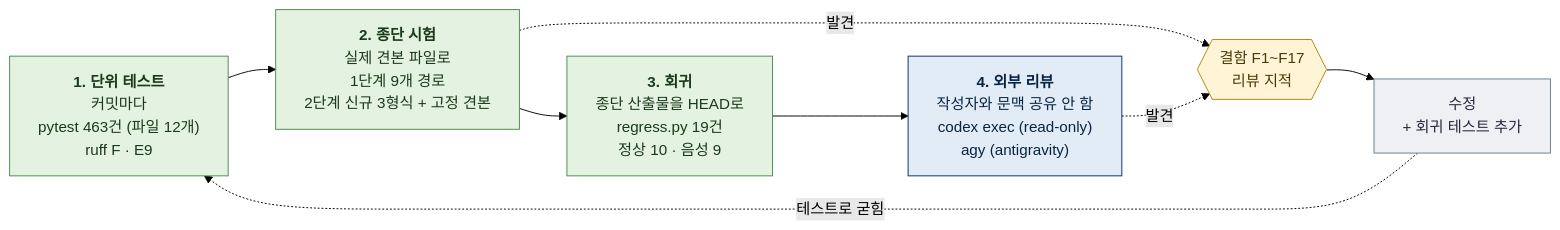
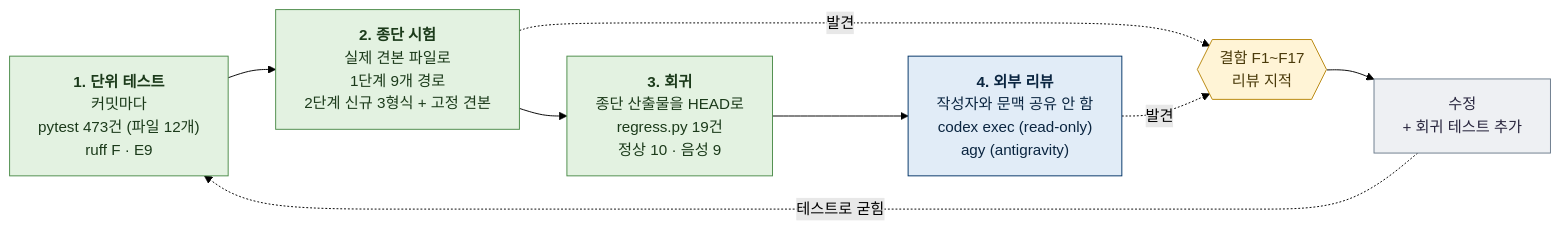
Before and after one commit to yarang/skills-for-work: the diagram in docu-writer/docs/diagrams/quality-layers.mmd, drawn with Mermaid (forest theme). The commit also changed 9 other files, not shown here.

```diff
--- a/docu-writer/docs/diagrams/quality-layers.mmd
+++ b/docu-writer/docs/diagrams/quality-layers.mmd
@@ -1,23 +1,23 @@
 %% 개발 품질은 네 겹으로 지킨다: 단위 테스트, 실제 파일로 도는 종단 시험, 그 산출물을 HEAD 코드로 다시 돌리는 회귀, 외부 모델 리뷰. 찾은 결함은 고친 뒤 테스트로 굳힌다
 %%{init: {"flowchart": {"wrappingWidth": 360}}}%%
 flowchart LR
-  T1["<b>1. 단위 테스트</b><br/>커밋마다<br/>pytest 463건 (파일 12개)<br/>ruff F · E9"]
+  T1["<b>1. 단위 테스트</b><br/>커밋마다<br/>pytest 473건 (파일 12개)<br/>ruff F · E9"]
   E1["<b>2. 종단 시험</b><br/>실제 견본 파일로<br/>1단계 9개 경로<br/>2단계 신규 3형식 + 고정 견본"]
   G1["<b>3. 회귀</b><br/>종단 산출물을 HEAD로<br/>regress.py 19건<br/>정상 10 · 음성 9"]
   X1["<b>4. 외부 리뷰</b><br/>작성자와 문맥 공유 안 함<br/>codex exec (read-only)<br/>agy (antigravity)"]
   F{{"결함 F1~F17<br/>리뷰 지적"}}
   FIX["수정<br/>+ 회귀 테스트 추가"]
   T1 --> E1 --> G1 --> X1
   E1 -.->|발견| F
   X1 -.->|발견| F
   F --> FIX
   FIX -.->|테스트로 굳힘| T1
 
   classDef done fill:#E3F2E1,stroke:#4C8C4A,color:#1B3A1A
   classDef agent fill:#E1ECF7,stroke:#003366,color:#0A2540
   classDef gate fill:#FFF4D6,stroke:#B8860B,color:#4A3A0A
   classDef main fill:#EEF0F3,stroke:#6B7B8C,color:#28253D
   class T1,E1,G1 done
   class X1 agent
   class F gate
   class FIX main
```
